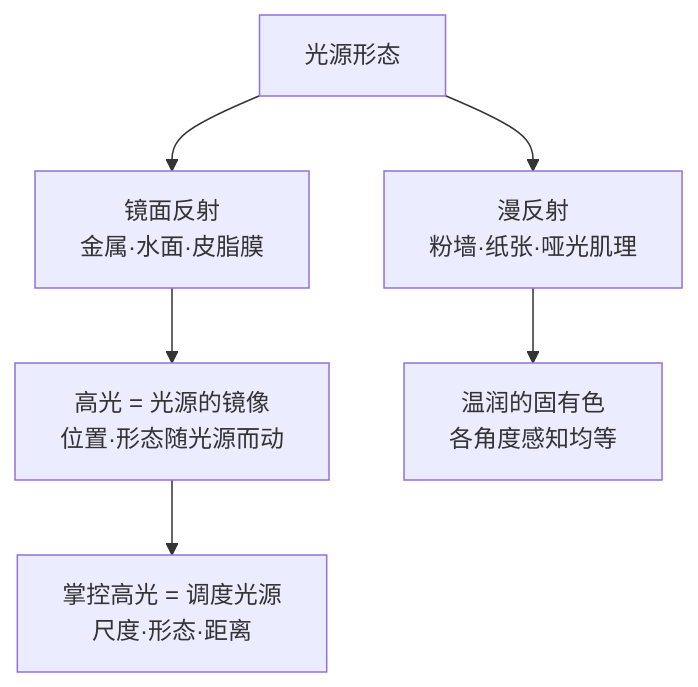
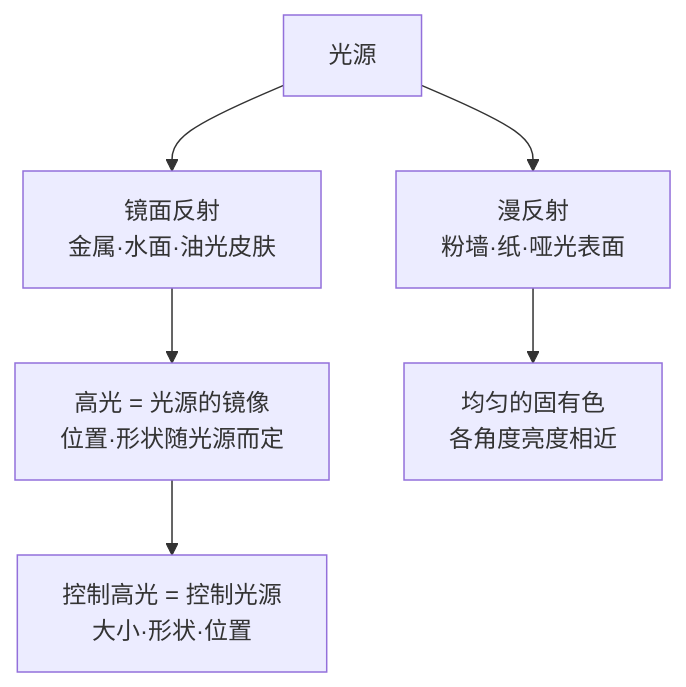
The second of 3 diagrams in docs/02-light.md (yingwang/photography-book), drawn with Mermaid before and after one commit. The commit also changed other lines of this file and 18 other files, not shown here.

````diff
--- a/docs/02-light.md
+++ b/docs/02-light.md
@@ -201,8 +175,8 @@
 ```mermaid
 graph TD
-  S["光源形态"] --> R1["镜面反射<br/>金属·水面·皮脂膜"]
-  S --> R2["漫反射<br/>粉墙·纸张·哑光肌理"]
-  R1 --> H["高光 = 光源的镜像<br/>位置·形态随光源而动"]
-  R2 --> C["温润的固有色<br/>各角度感知均等"]
-  H --> K["掌控高光 = 调度光源<br/>尺度·形态·距离"]
+  S["光源"] --> R1["镜面反射<br/>金属·水面·油光皮肤"]
+  S --> R2["漫反射<br/>粉墙·纸·哑光表面"]
+  R1 --> H["高光 = 光源的镜像<br/>位置·形状随光源而定"]
+  R2 --> C["均匀的固有色<br/>各角度亮度相近"]
+  H --> K["控制高光 = 控制光源<br/>大小·形状·位置"]
 ```
````
